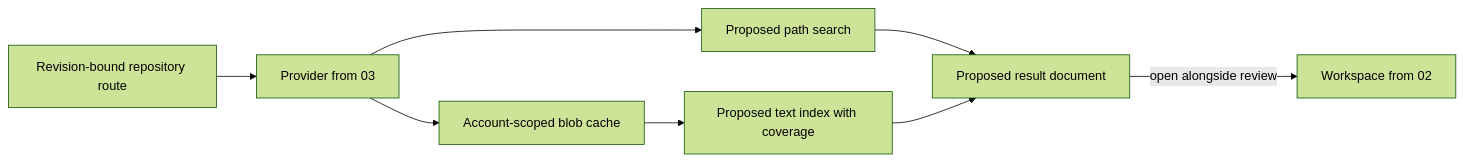
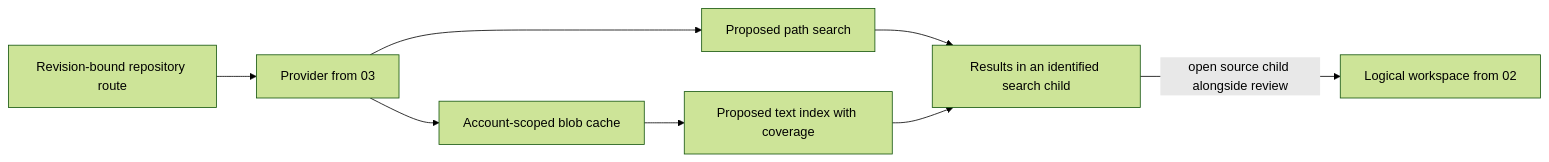
Before and after one commit to kyleve/Stuff: the diagram in Plans/2026-11-14-mobius/04-repository-exploration.md, drawn with Mermaid (forest theme). The commit also changed other lines of this file and 7 other files, not shown here.

Commit message:
Clarify logical Mobius workspaces and child window restoration

````diff
--- a/Plans/2026-11-14-mobius/04-repository-exploration.md
+++ b/Plans/2026-11-14-mobius/04-repository-exploration.md
@@ -30,10 +30,10 @@
 ```mermaid
 flowchart LR
     Route["Revision-bound repository route"] --> Tree["Provider from 03"]
     Tree --> Paths["Proposed path search"]
     Tree --> Blobs["Account-scoped blob cache"]
     Blobs --> Index["Proposed text index with coverage"]
-    Paths --> Results["Proposed result document"]
+    Paths --> Results["Results in an identified search child"]
     Index --> Results
-    Results -->|open alongside review| Workspace["Workspace from 02"]
+    Results -->|open source child alongside review| Workspace["Logical workspace from 02"]
 ```
````
